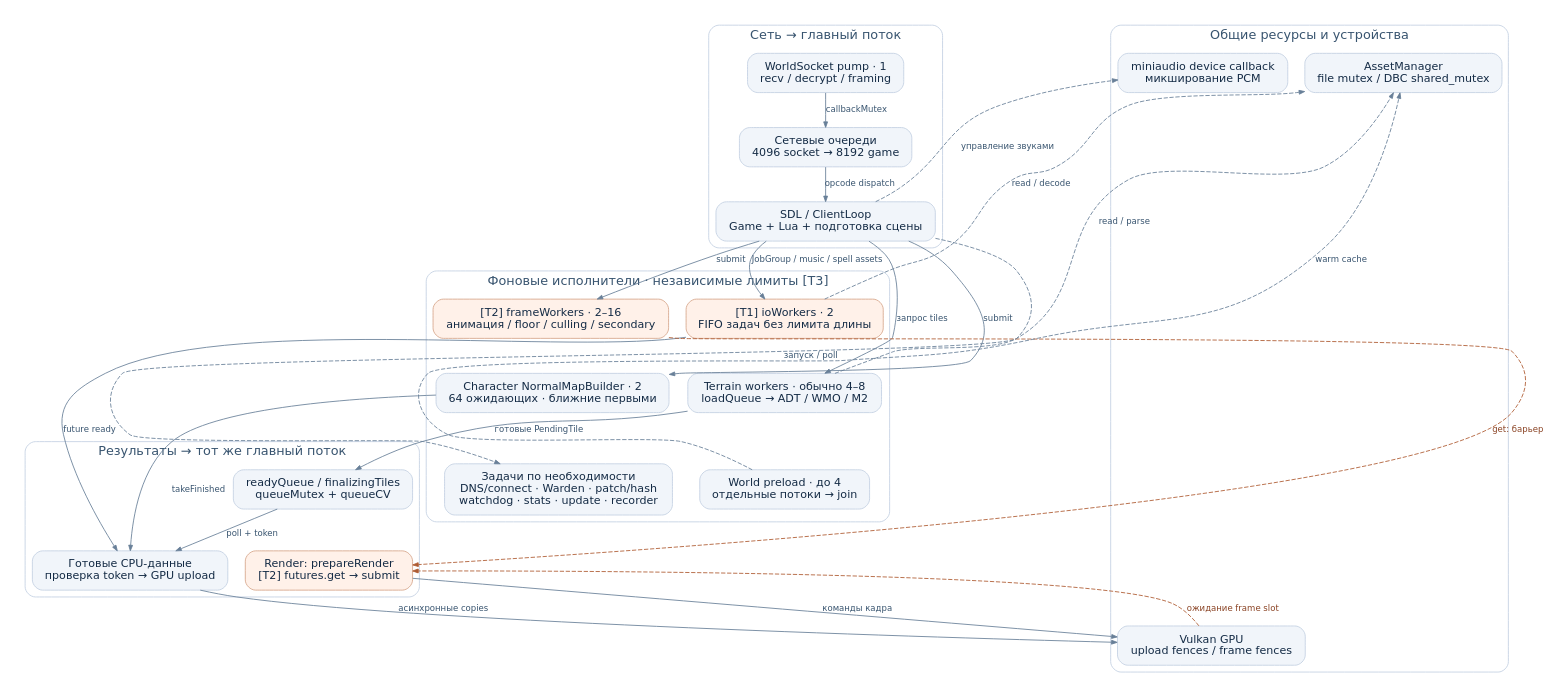
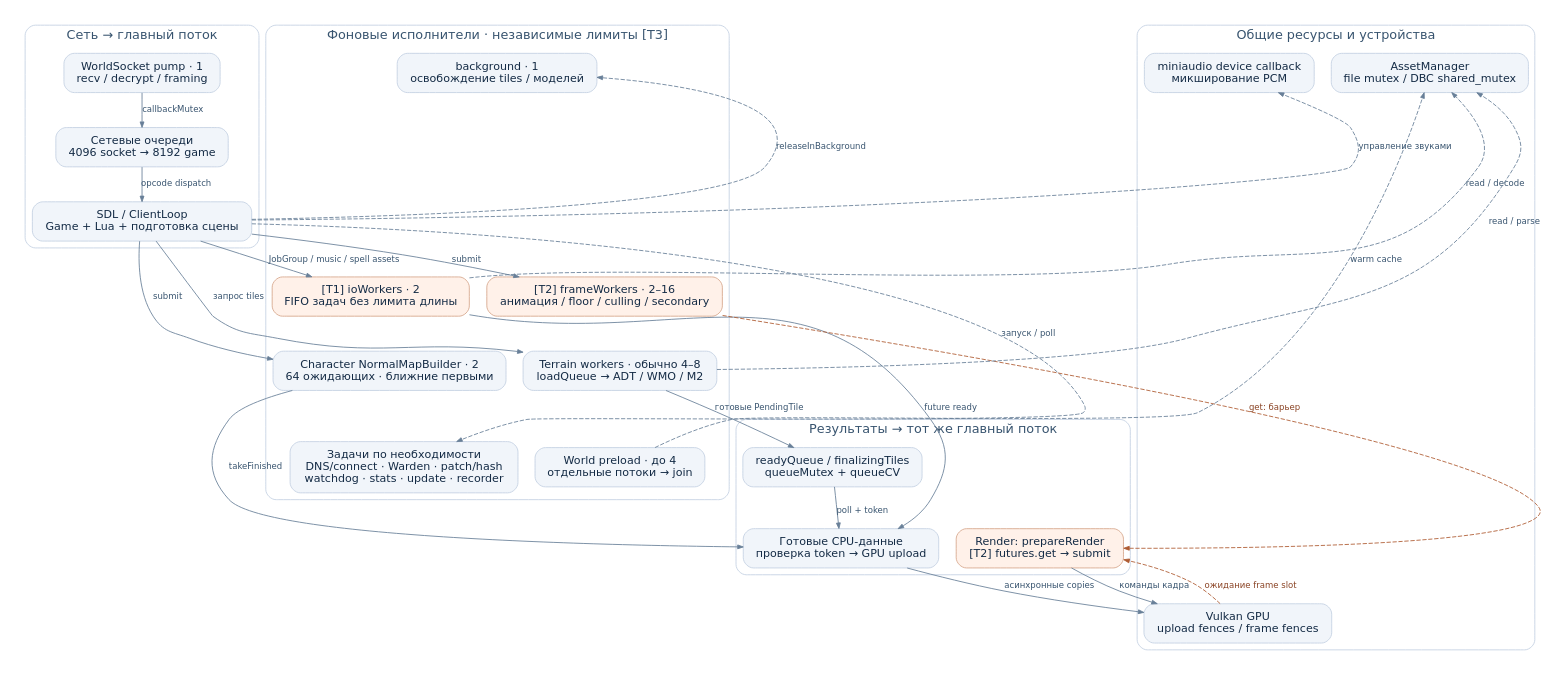
The diagram in docs/architecture-atlas/diagrams/01-threading-model.dot (atorian/WoWee), drawn with Graphviz before and after one commit. The commit also changed 26 other files, not shown here.

First line of the commit message:
Rebuild the architecture atlas for 2026-10-31

```diff
--- a/docs/architecture-atlas/diagrams/01-threading-model.dot
+++ b/docs/architecture-atlas/diagrams/01-threading-model.dot
@@ -1,56 +1,58 @@
 digraph atlas {
 graph [rankdir=TB, newrank=true, bgcolor="white", pad="0.2", nodesep="0.28", ranksep="0.4", compound=true, fontname="DejaVu Sans", fontsize=15];
 node [shape=box, style="rounded,filled", fillcolor="#f1f5fa", color="#c4d1e2", fontcolor="#142b45", fontname="DejaVu Sans", fontsize=13, margin="0.18,0.13"];
 edge [color="#687f98", fontcolor="#38546f", fontname="DejaVu Sans", fontsize=10, arrowsize=0.65];
 subgraph cluster_incoming {
 label="Сеть → главный поток"; style="rounded"; color="#c4d1e2"; fontcolor="#38546f";
 net [label="WorldSocket pump · 1\nrecv / decrypt / framing"];
 packets [label="Сетевые очереди\n4096 socket → 8192 game"];
 main [label="SDL / ClientLoop\nGame + Lua + подготовка сцены"];
 }
 subgraph cluster_workers {
 label="Фоновые исполнители · независимые лимиты [T3]"; style="rounded"; color="#c4d1e2"; fontcolor="#38546f";
 io [label="[T1] ioWorkers · 2\nFIFO задач без лимита длины",fillcolor="#fff1e9",color="#d6a68b"];
 frame [label="[T2] frameWorkers · 2–16\nанимация / floor / culling / secondary",fillcolor="#fff1e9",color="#d6a68b"];
 terrain [label="Terrain workers · обычно 4–8\nloadQueue → ADT / WMO / M2"];
 normals [label="Character NormalMapBuilder · 2\n64 ожидающих · ближние первыми"];
 preload [label="World preload · до 4\nотдельные потоки → join"];
+release [label="background · 1\nосвобождение tiles / моделей"];
 other [label="Задачи по необходимости\nDNS/connect · Warden · patch/hash\nwatchdog · stats · update · recorder"];
 }
 subgraph cluster_returnmain {
 label="Результаты → тот же главный поток"; style="rounded"; color="#c4d1e2"; fontcolor="#38546f";
 ready [label="readyQueue / finalizingTiles\nqueueMutex + queueCV"];
 finalize [label="Готовые CPU-данные\nпроверка token → GPU upload"];
 record [label="Render: prepareRender\n[T2] futures.get → submit",fillcolor="#fff1e9",color="#d6a68b"];
 }
 subgraph cluster_devices {
 label="Общие ресурсы и устройства"; style="rounded"; color="#c4d1e2"; fontcolor="#38546f";
 assets [label="AssetManager\nfile mutex / DBC shared_mutex"];
 audio [label="miniaudio device callback\nмикширование PCM"];
 gpu [label="Vulkan GPU\nupload fences / frame fences"];
 }
 main -> io [label="JobGroup / music / spell assets"];
 net -> packets [label="callbackMutex"];
 packets -> main [label="opcode dispatch"];
 main -> terrain [label="запрос tiles"];
 terrain -> ready [label="готовые PendingTile"];
 ready -> finalize [label="poll + token"];
 io -> finalize [label="future ready"];
 normals -> finalize [label="takeFinished"];
 main -> frame [label="submit"];
 frame -> record [label="get: барьер",style=dashed,constraint=false,color="#ae5b32",fontcolor="#8a4324"];
 finalize -> gpu [label="асинхронные copies"];
 record -> gpu [label="команды кадра"];
 gpu -> record [label="ожидание frame slot",style=dashed,constraint=false,color="#ae5b32",fontcolor="#8a4324"];
 terrain -> assets [label="read / parse",style=dashed,constraint=false];
 io -> assets [label="read / decode",style=dashed,constraint=false];
 preload -> assets [label="warm cache",style=dashed,constraint=false];
 main -> audio [label="управление звуками",style=dashed,constraint=false];
 main -> normals [label="submit"];
 main -> other [label="запуск / poll",style=dashed,constraint=false];
+main -> release [label="releaseInBackground",style=dashed,constraint=false];
 {rank=same; io; frame;}
 {rank=same; terrain; normals;}
 {rank=same; preload; other;}
 io -> terrain [style=invis,weight=5];
 terrain -> preload [style=invis,weight=5];
 }
```
